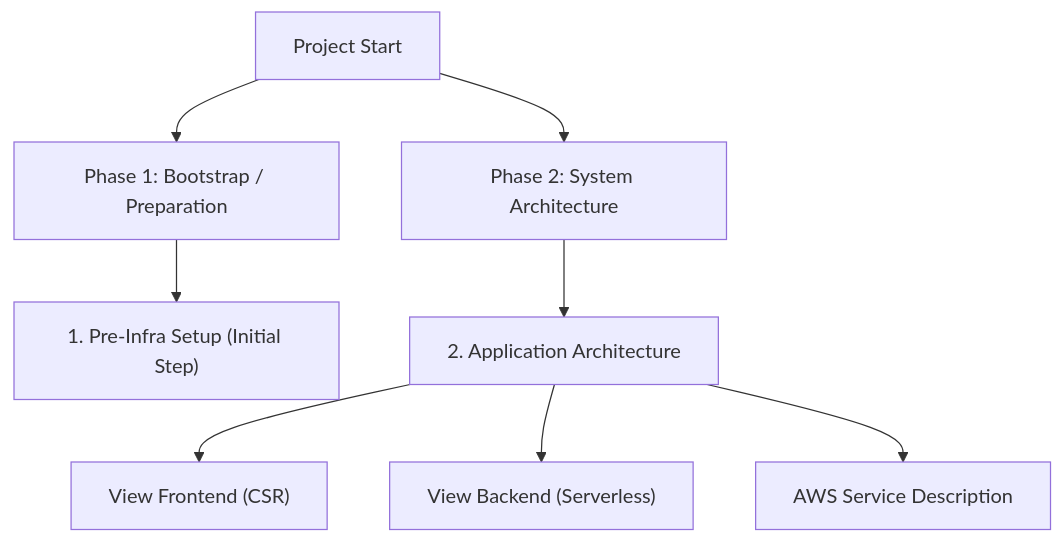
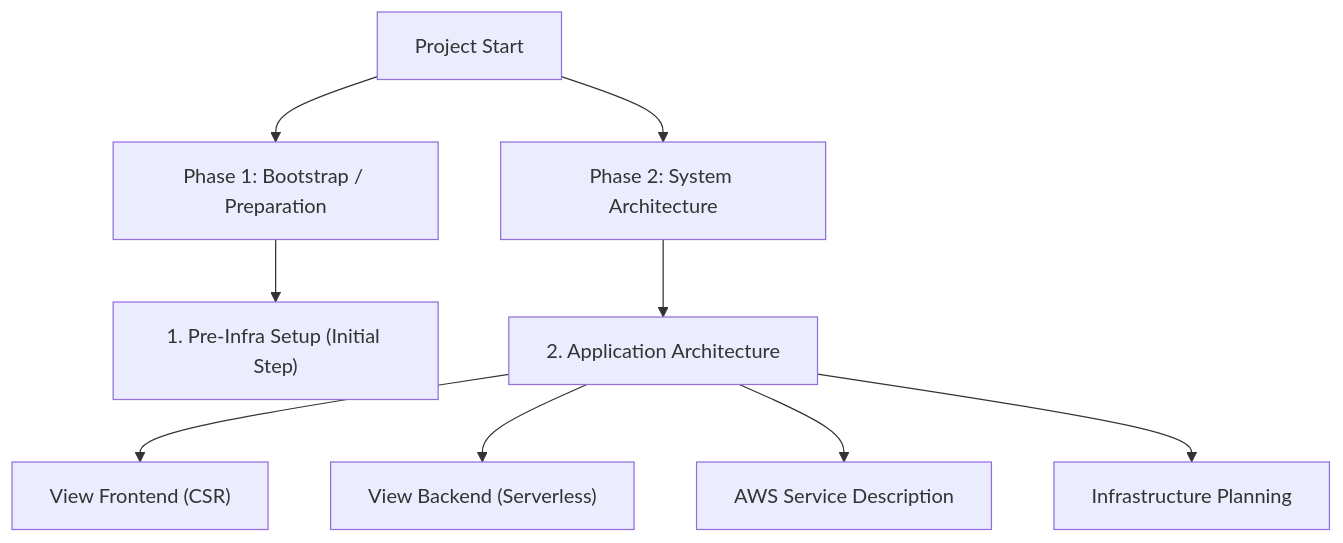
One commit to Beep1608/cleanmybelly changed the diagram in docs/README.md. Above: the diagram before and after it, drawn with Mermaid. The commit also changed other lines of this file and 8 other files, not shown here.

Commit message:
Version number one for infra architecture

````diff
--- a/docs/README.md
+++ b/docs/README.md
@@ -11,20 +11,23 @@
 ```mermaid
 graph TD
     Start[Project Start] --> Phase1[Phase 1: Bootstrap / Preparation]
     Start --> Phase2[Phase 2: System Architecture]
 
     Phase1 --> Link1["1. Pre-Infra Setup (Initial Step)"]
     click Link1 "pre-infra/README.md" "Go to Pre-Infra Guide"
 
     Phase2 --> Link2["2. Application Architecture"]
     click Link2 "infra/README.md" "Go to Architecture Guide"
     
     Link2 --> Link2A["View Frontend (CSR)"]
     click Link2A "infra/frontend.md" "Go to Frontend"
     
     Link2 --> Link2B["View Backend (Serverless)"]
     click Link2B "infra/backend.md" "Go to Backend"
     
     Link2 --> Link2C["AWS Service Description"]
     click Link2C "infra/general.md" "Go to Service Guide"
+
+    Link2 --> Link2D["Infrastructure Planning"]
+    click Link2D "infra/planning.md" "Go to Planning Guide"
 ```
````
